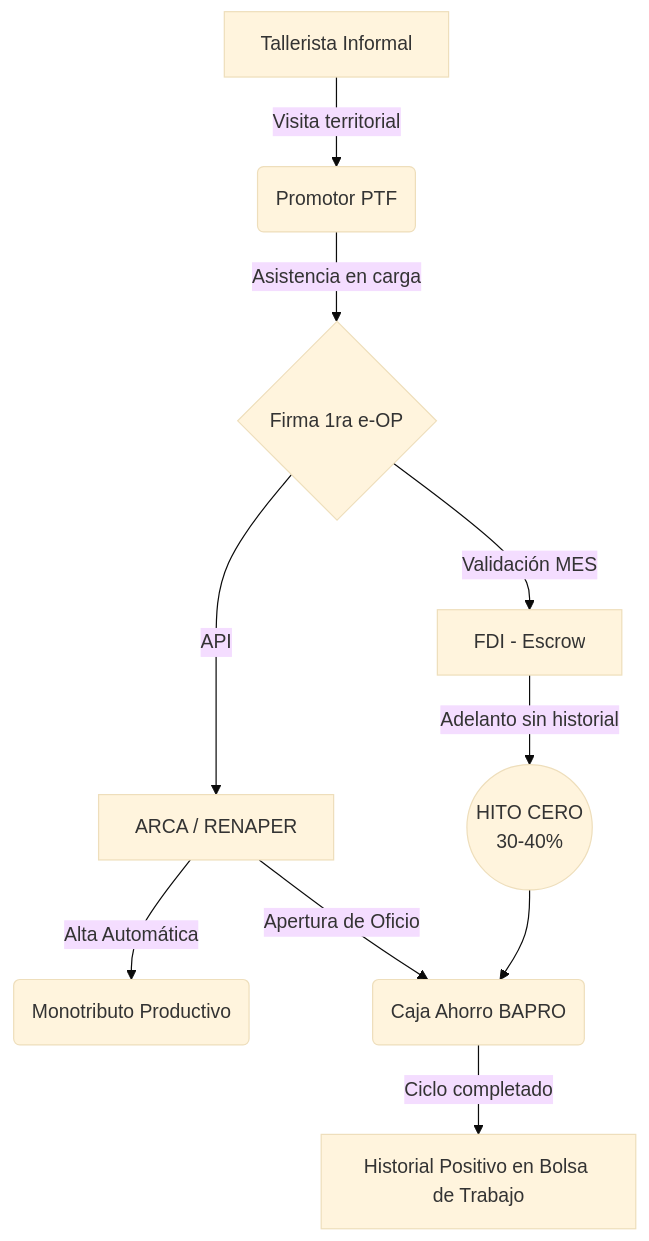
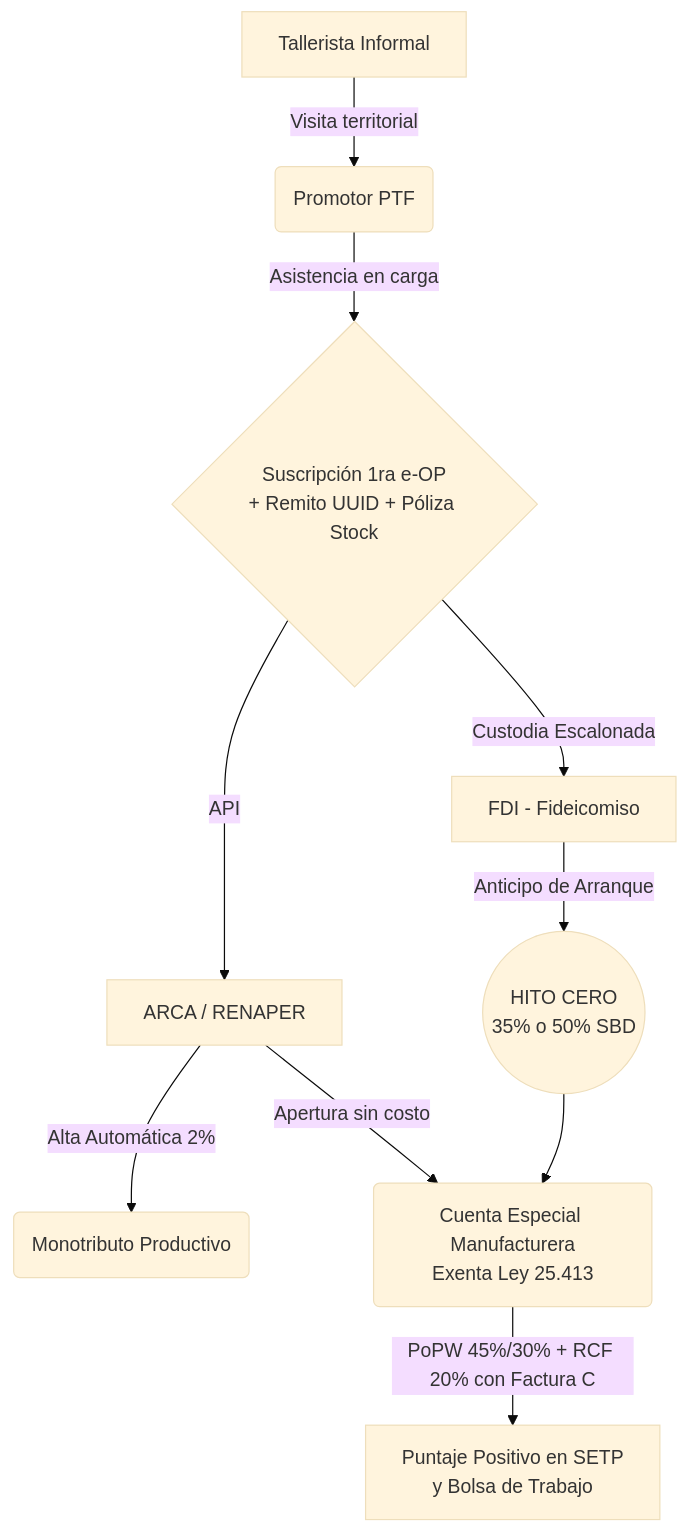
Before and after one commit to sarthouse/indinopy: the third of 3 diagrams in docs/md/dossier_fimca_addenda2.md, drawn with Mermaid (base theme). The commit also changed other lines of this file and 24 other files, not shown here.

````diff
--- a/docs/md/dossier_fimca_addenda2.md
+++ b/docs/md/dossier_fimca_addenda2.md
@@ -264,12 +286,12 @@
 ```mermaid
 flowchart TD
     A[Tallerista Informal] -->|Visita territorial| B(Promotor PTF)
-    B -->|Asistencia en carga| C{Firma 1ra e-OP}
+    B -->|Asistencia en carga| C{Suscripción 1ra e-OP<br/>+ Remito UUID + Póliza Stock}
     C -->|API| D[ARCA / RENAPER]
-    D -->|Alta Automática| E(Monotributo Productivo)
-    D -->|Apertura de Oficio| F(Caja Ahorro BAPRO)
-    C -->|Validación MES| G[FDI - Escrow]
-    G -->|Adelanto sin historial| H((HITO CERO <br> 30-40%))
+    D -->|Alta Automática 2%| E(Monotributo Productivo)
+    D -->|Apertura sin costo| F(Cuenta Especial Manufacturera<br/>Exenta Ley 25.413)
+    C -->|Custodia Escalonada| G[FDI - Fideicomiso]
+    G -->|Anticipo de Arranque| H((HITO CERO <br> 35% o 50% SBD))
     H --> F
-    F -->|Ciclo completado| I[Historial Positivo en Bolsa de Trabajo]
+    F -->|PoPW 45%/30% + RCF 20% con Factura C| I[Puntaje Positivo en SETP<br/>y Bolsa de Trabajo]
 ```
````
